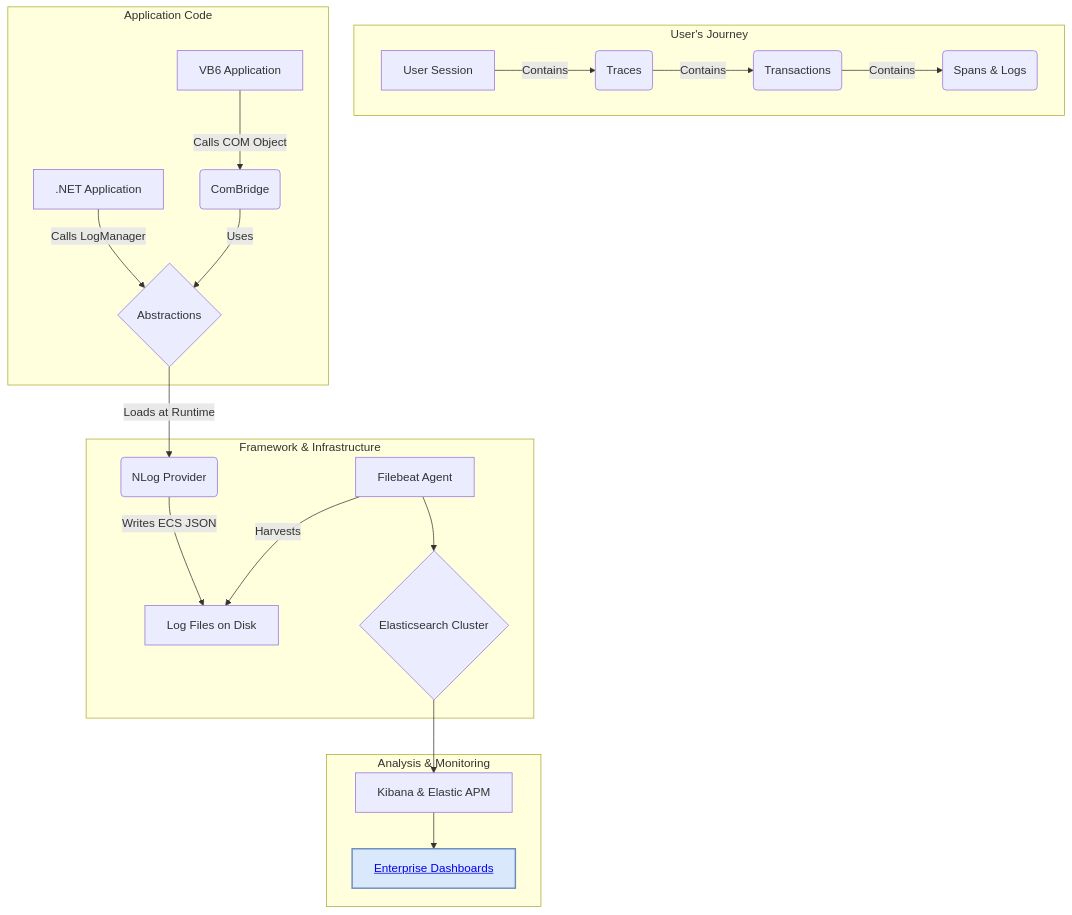
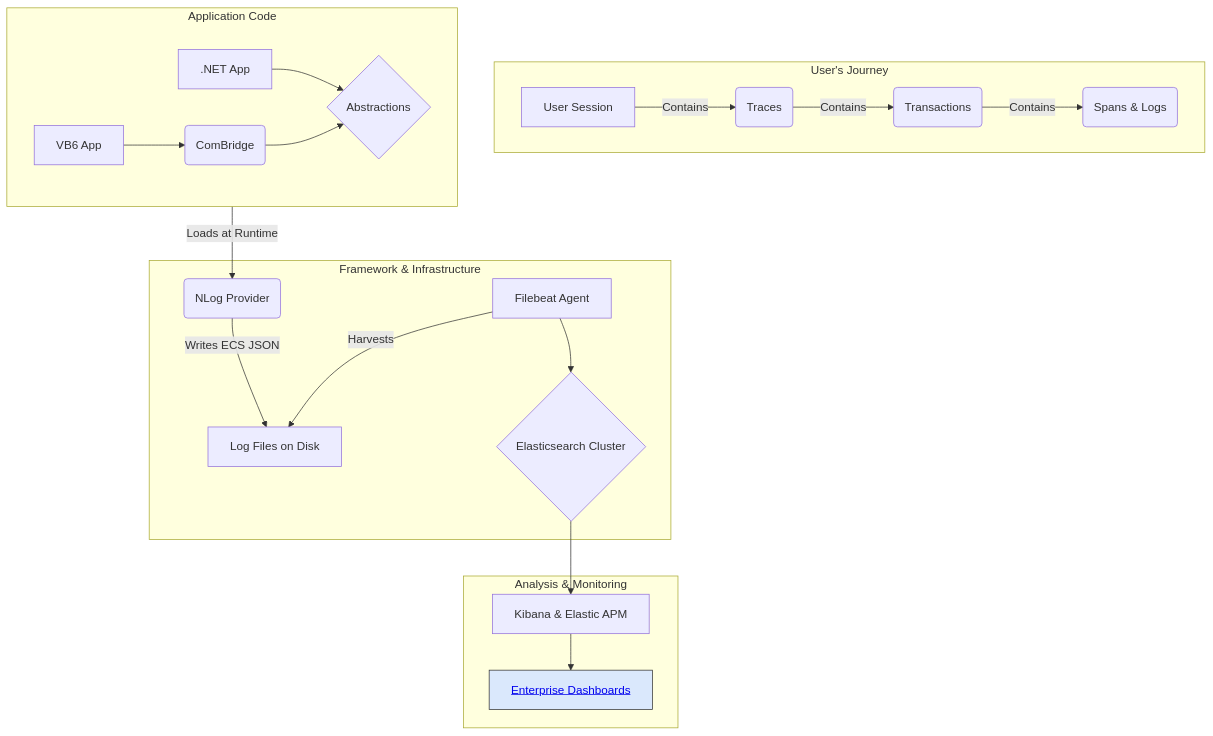
One commit to Brahmin95/LegacyComLogger changed the second of 3 diagrams in docs/wiki.md. Above: the diagram before and after it, drawn with Mermaid. The commit also changed other lines of this file and 1 other file, not shown here.

````diff
--- a/docs/wiki.md
+++ b/docs/wiki.md
@@ -24,28 +143,29 @@
 ```mermaid
 graph TD
     subgraph "User's Journey"
         U[User Session] -->|Contains| T(Traces)
         T -->|Contains| TX(Transactions)
         TX -->|Contains| S(Spans & Logs)
     end
 
     subgraph "Application Code"
-        A[VB6 Application] -->|Calls COM Object| B(ComBridge)
-        C[.NET Application] -->|Calls LogManager| D{Abstractions}
-        B -->|Uses| D
+      direction LR
+      A[VB6 App] --> B(ComBridge)
+      C[.NET App] --> D{Abstractions}
+      B --> D
     end
     
     subgraph "Framework & Infrastructure"
         D -- "Loads at Runtime" --> E(NLog Provider)
         E -- "Writes ECS JSON" --> F[Log Files on Disk]
         G[Filebeat Agent] -- "Harvests" --> F
         G --> H{Elasticsearch Cluster}
     end
 
     subgraph "Analysis & Monitoring"
         H --> I[Kibana & Elastic APM]
         I --> J[<a href='https://my-elastic-instance/kibana/dashboards'>Enterprise Dashboards</a>]
     end
 
-    style J fill:#dae8fc,stroke:#6c8ebf,stroke-width:2px
+    style J fill:#dae8fc,stroke:#333,color:#000
 ```
````
